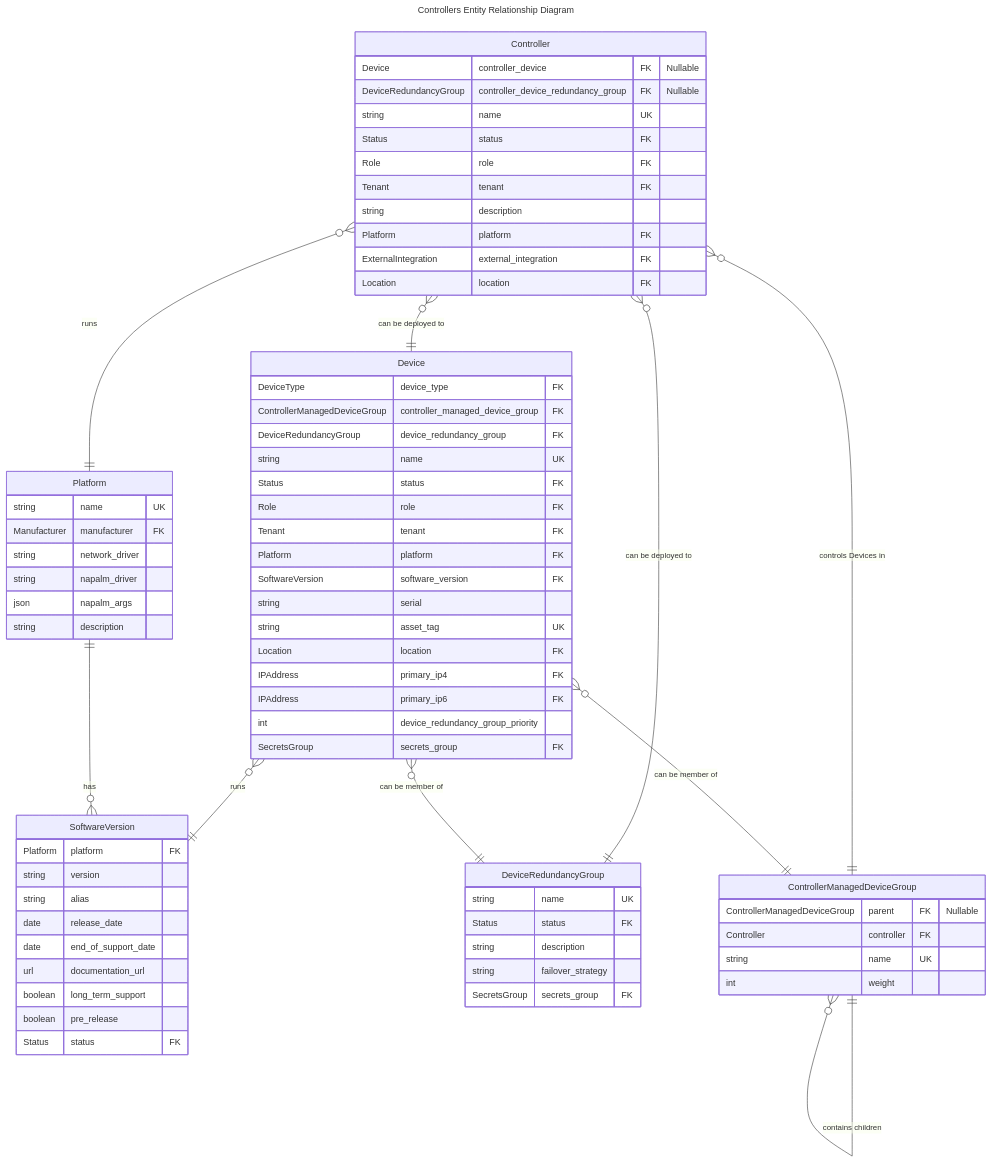
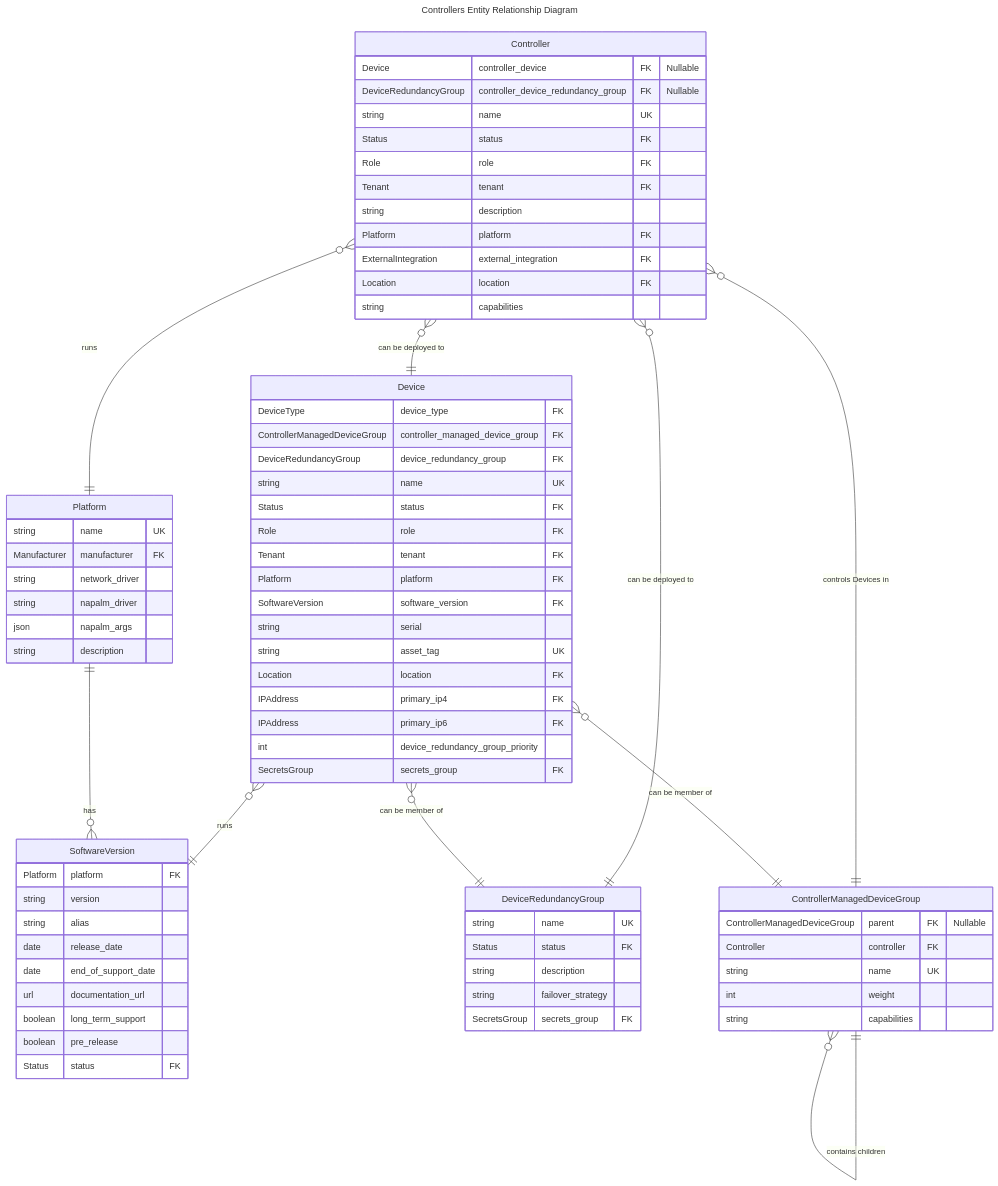
One commit to nautobot/nautobot changed the diagram in nautobot/docs/development/core/controllers.md. Above: the diagram before and after it, drawn with Mermaid. The commit also changed 14 other files, not shown here.

```diff
--- a/nautobot/docs/development/core/controllers.md
+++ b/nautobot/docs/development/core/controllers.md
@@ -75,6 +75,7 @@
         Platform platform FK
         ExternalIntegration external_integration FK
         Location location FK
+        string capabilities
     }
 
     ControllerManagedDeviceGroup {
@@ -83,6 +84,7 @@
 
         string name UK
         int weight
+        string capabilities
     }
 
     ControllerManagedDeviceGroup ||--o{ ControllerManagedDeviceGroup : "contains children"
```
